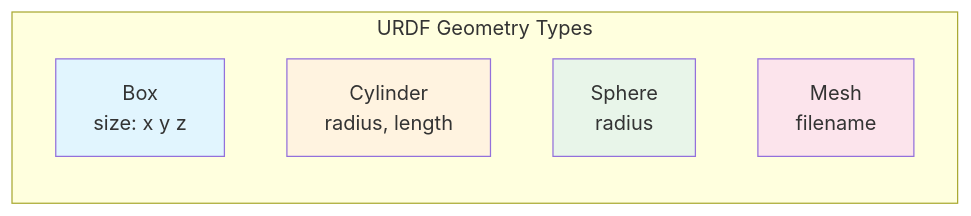
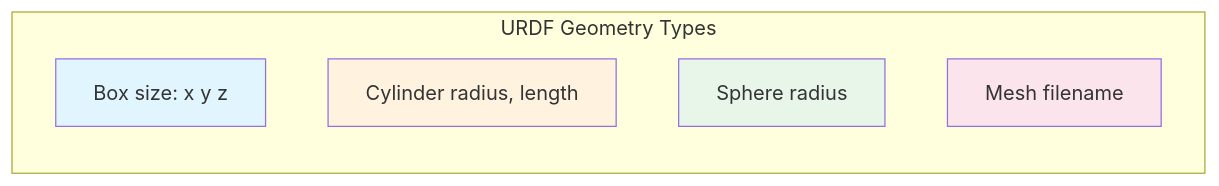
The second of 3 diagrams in docs/modules/module-1-ros2/chapter-03-urdf.md (shakir-hussain1/physical-AI-and-humanoid-robotics-textbook-by-shakir-hussain), drawn with Mermaid before and after one commit. The commit also changed other lines of this file and 17 other files, not shown here.

Commit message:
fix: Remove br tags from Mermaid diagrams causing parse errors

````diff
--- a/docs/modules/module-1-ros2/chapter-03-urdf.md
+++ b/docs/modules/module-1-ros2/chapter-03-urdf.md
@@ -185,14 +185,14 @@
 ```mermaid
 graph LR
     subgraph "URDF Geometry Types"
-        BOX[Box<br/>size: x y z]
-        CYL[Cylinder<br/>radius, length]
-        SPH[Sphere<br/>radius]
-        MESH[Mesh<br/>filename]
+        BOX[Box size: x y z]
+        CYL[Cylinder radius, length]
+        SPH[Sphere radius]
+        MESH[Mesh filename]
     end
 
     style BOX fill:#e1f5fe
     style CYL fill:#fff3e0
     style SPH fill:#e8f5e9
     style MESH fill:#fce4ec
 ```
````
